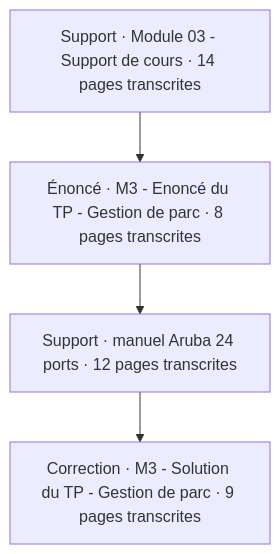
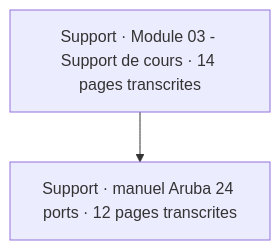
Before and after one commit to sk34pk25/tssr-cours: the first of 5 diagrams in docs/modules/07-administration-glpi/module-03-gestion-de-parc-inventaire-informatique.md, drawn with Mermaid. The commit also changed other lines of this file and 108 other files, not shown here.

````diff
--- a/docs/modules/07-administration-glpi/module-03-gestion-de-parc-inventaire-informatique.md
+++ b/docs/modules/07-administration-glpi/module-03-gestion-de-parc-inventaire-informatique.md
@@ -14,10 +14,6 @@
 ```mermaid
 flowchart TD
     N1["Support · Module 03 - Support de cours · 14 pages transcrites"]
-    N2["Énoncé · M3 - Enoncé du TP - Gestion de parc · 8 pages transcrites"]
     N3["Support · manuel Aruba 24 ports · 12 pages transcrites"]
-    N4["Correction · M3 - Solution du TP - Gestion de parc · 9 pages transcrites"]
-    N1 --> N2
-    N2 --> N3
-    N3 --> N4
+    N1 --> N3
 ```
````
